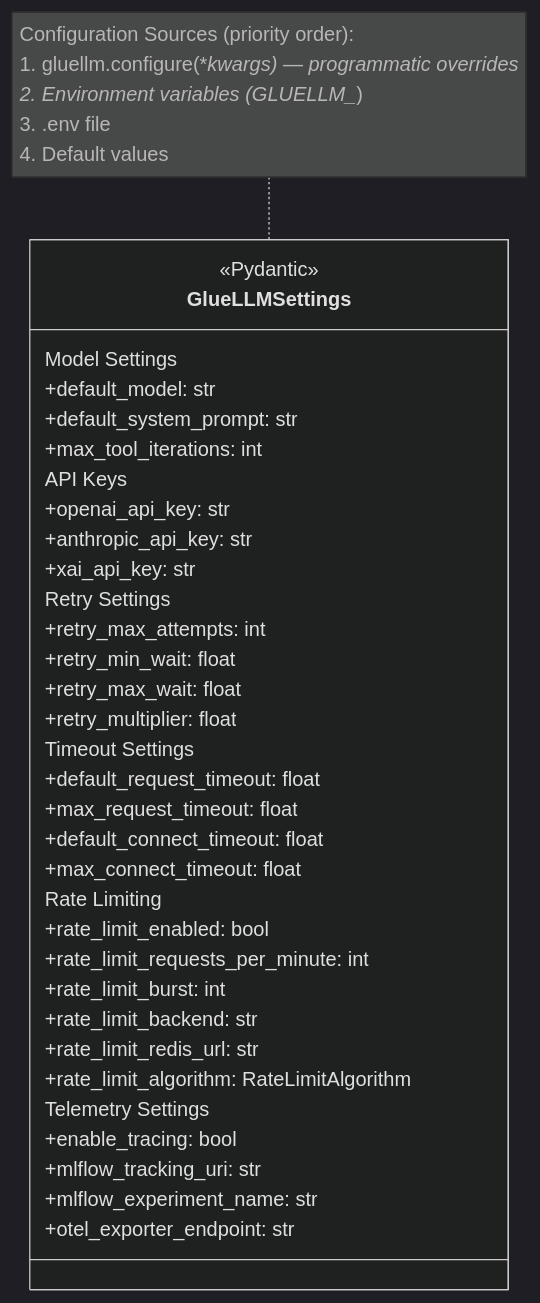
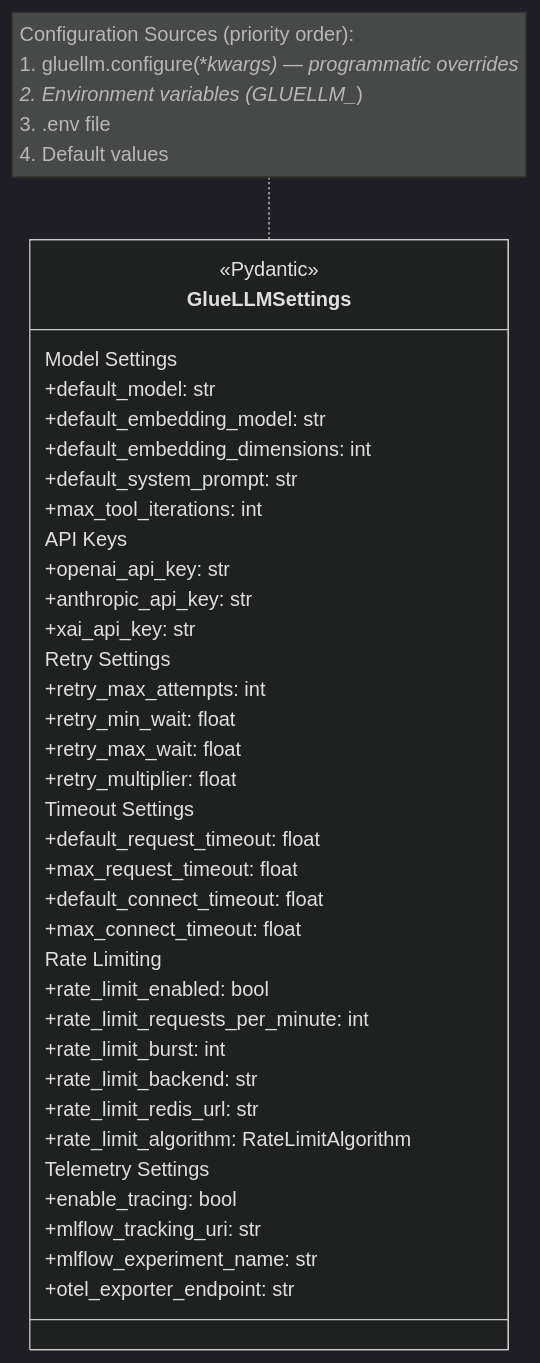
One commit to Bioto/glue-llm changed diagram 11 of 12 in docs/ARCHITECTURE.md. Above: the diagram before and after it, drawn with Mermaid (dark theme). The commit also changed 1 other file, not shown here.

````diff
--- a/docs/ARCHITECTURE.md
+++ b/docs/ARCHITECTURE.md
@@ -375,48 +375,50 @@
 ```mermaid
 classDiagram
     class GlueLLMSettings {
         <<Pydantic>>
 
         Model Settings
         +default_model: str
+        +default_embedding_model: str
+        +default_embedding_dimensions: int
         +default_system_prompt: str
         +max_tool_iterations: int
 
         API Keys
         +openai_api_key: str
         +anthropic_api_key: str
         +xai_api_key: str
 
         Retry Settings
         +retry_max_attempts: int
         +retry_min_wait: float
         +retry_max_wait: float
         +retry_multiplier: float
 
         Timeout Settings
         +default_request_timeout: float
         +max_request_timeout: float
         +default_connect_timeout: float
         +max_connect_timeout: float
 
         Rate Limiting
         +rate_limit_enabled: bool
         +rate_limit_requests_per_minute: int
         +rate_limit_burst: int
         +rate_limit_backend: str
         +rate_limit_redis_url: str
         +rate_limit_algorithm: RateLimitAlgorithm
 
         Telemetry Settings
         +enable_tracing: bool
         +mlflow_tracking_uri: str
         +mlflow_experiment_name: str
         +otel_exporter_endpoint: str
     }
 
     note for GlueLLMSettings "Configuration Sources (priority order):
     1. gluellm.configure(**kwargs) — programmatic overrides
     2. Environment variables (GLUELLM_*)
     3. .env file
     4. Default values"
 ```
````
